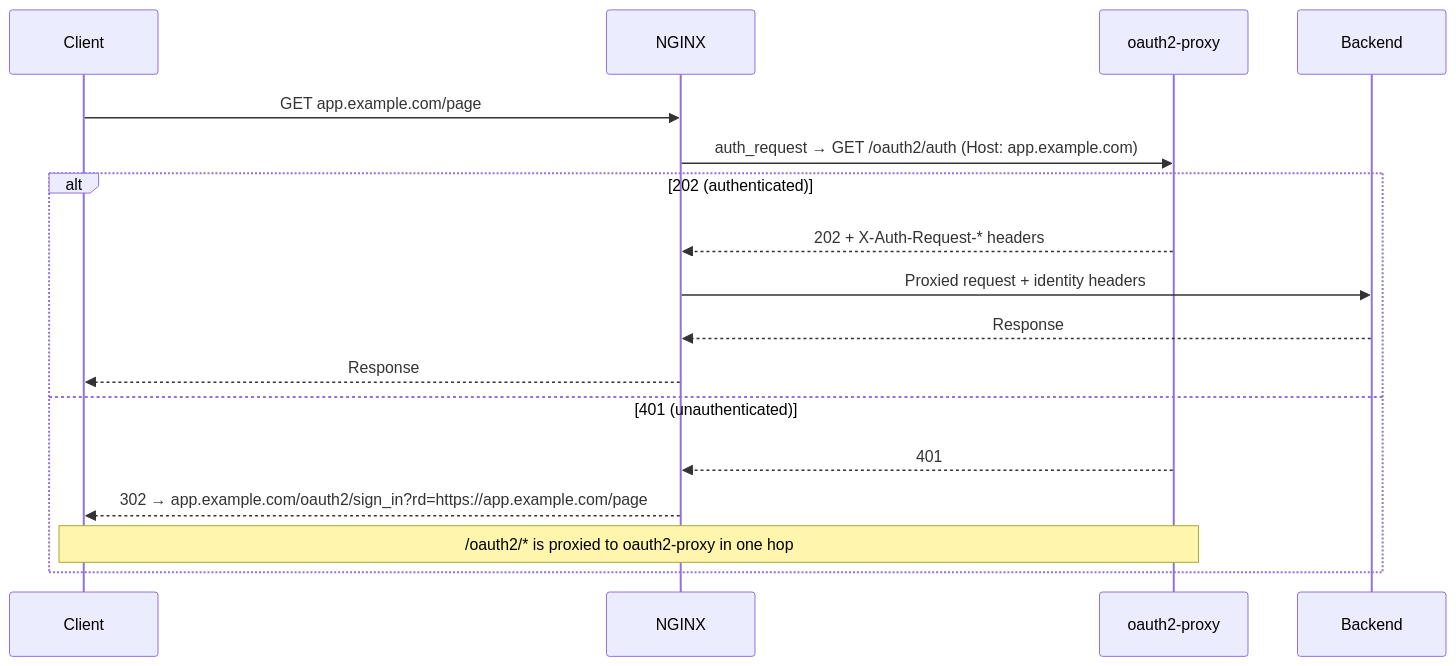
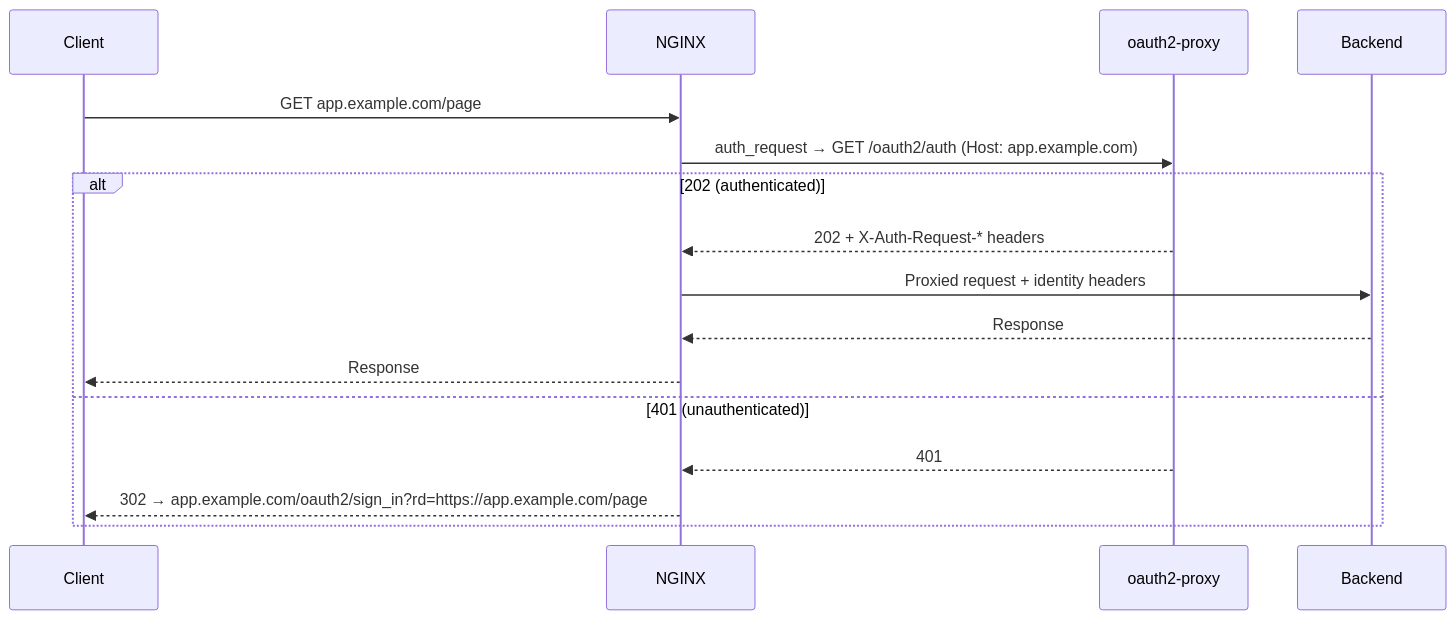
The second of 2 diagrams in mie-opensource-landing/docs/admins/core-concepts/external-domains.md (mieweb/opensource-server), drawn with Mermaid before and after one commit. The commit also changed other lines of this file and 1 other file, not shown here.

First line of the commit message:
docs: drop stale oauth2-proxy reverse-proxy framing

````diff
--- a/mie-opensource-landing/docs/admins/core-concepts/external-domains.md
+++ b/mie-opensource-landing/docs/admins/core-concepts/external-domains.md
@@ -175,20 +173,19 @@
 ```mermaid
 sequenceDiagram
     participant Client
     participant NGINX
     participant OAuth2Proxy as oauth2-proxy
     participant Backend
 
     Client->>NGINX: GET app.example.com/page
     NGINX->>OAuth2Proxy: auth_request → GET /oauth2/auth (Host: app.example.com)
     alt 202 (authenticated)
         OAuth2Proxy-->>NGINX: 202 + X-Auth-Request-* headers
         NGINX->>Backend: Proxied request + identity headers
         Backend-->>NGINX: Response
         NGINX-->>Client: Response
     else 401 (unauthenticated)
         OAuth2Proxy-->>NGINX: 401
         NGINX-->>Client: 302 → app.example.com/oauth2/sign_in?rd=https://app.example.com/page
-        Note over Client,OAuth2Proxy: /oauth2/* is proxied to oauth2-proxy in one hop
     end
 ```
````
